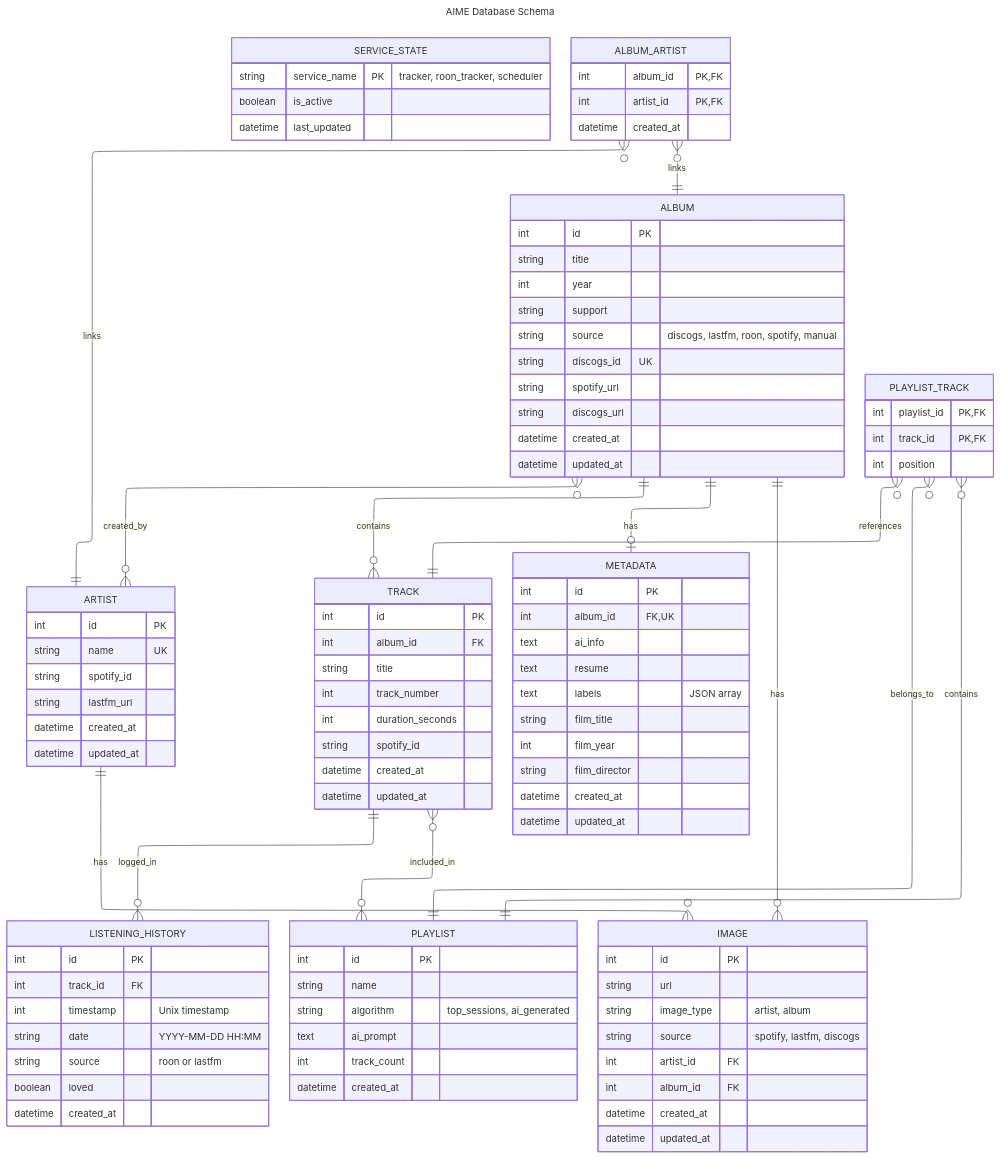
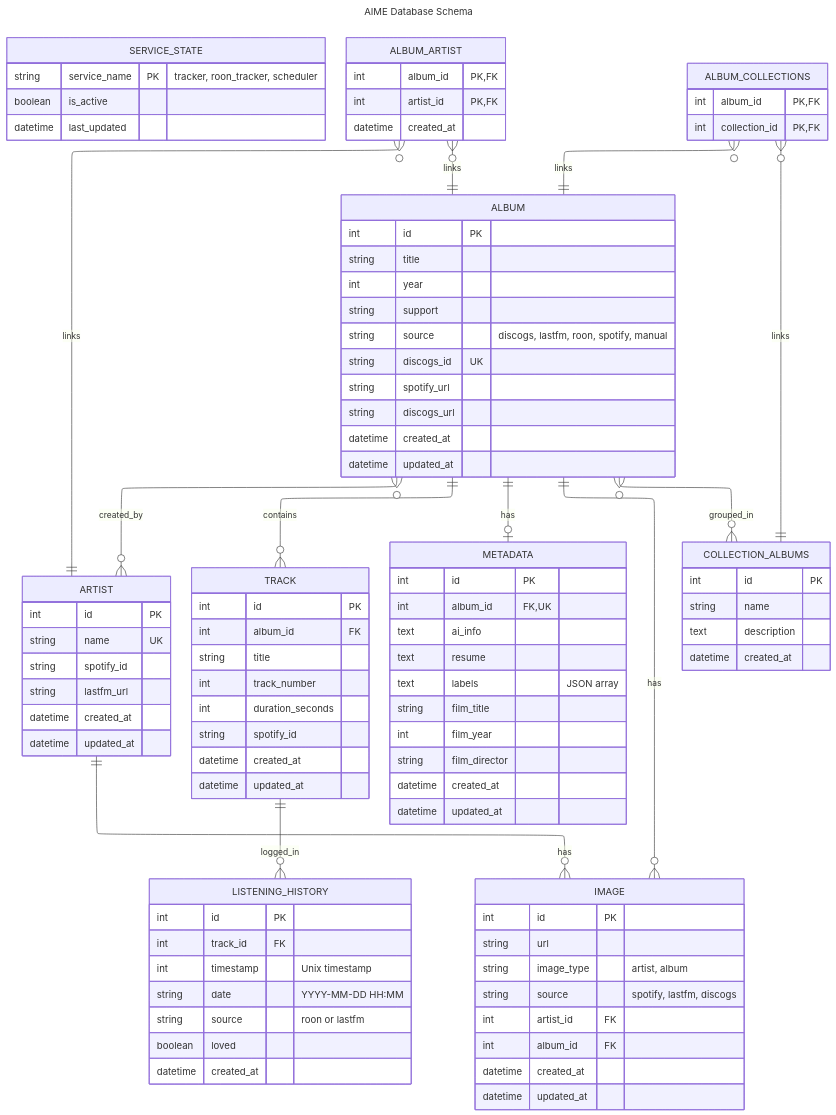
The diagram in docs/architecture/DATABASE-SCHEMA.md (pat-the-geek/AIME---AI-Music-Enabler), drawn with Mermaid before and after one commit. The commit also changed other lines of this file and 6 other files, not shown here.

````diff
--- a/docs/architecture/DATABASE-SCHEMA.md
+++ b/docs/architecture/DATABASE-SCHEMA.md
@@ -57,21 +57,6 @@
         datetime created_at
     }
     
-    PLAYLIST {
-        int id PK
-        string name
-        string algorithm "top_sessions, ai_generated"
-        text ai_prompt
-        int track_count
-        datetime created_at
-    }
-    
-    PLAYLIST_TRACK {
-        int playlist_id PK,FK
-        int track_id PK,FK
-        int position
-    }
-    
     METADATA {
         int id PK
         int album_id FK,UK
@@ -108,22 +93,32 @@
         datetime created_at
     }
     
+    ALBUM_COLLECTIONS {
+        int album_id PK,FK
+        int collection_id PK,FK
+    }
+    
+    COLLECTION_ALBUMS {
+        int id PK
+        string name
+        text description
+        datetime created_at
+    }
+    
     %% Relations
     ALBUM ||--o{ TRACK : contains
     ALBUM ||--o| METADATA : has
     ALBUM ||--o{ IMAGE : has
     ALBUM }o--o{ ARTIST : created_by
+    ALBUM }o--o{ COLLECTION_ALBUMS : grouped_in
     
     ARTIST ||--o{ IMAGE : has
     
     TRACK ||--o{ LISTENING_HISTORY : logged_in
-    TRACK }o--o{ PLAYLIST : included_in
-    
-    PLAYLIST ||--o{ PLAYLIST_TRACK : contains
     
     ALBUM_ARTIST }o--|| ALBUM : links
     ALBUM_ARTIST }o--|| ARTIST : links
     
-    PLAYLIST_TRACK }o--|| PLAYLIST : belongs_to
-    PLAYLIST_TRACK }o--|| TRACK : references
+    ALBUM_COLLECTIONS }o--|| ALBUM : links
+    ALBUM_COLLECTIONS }o--|| COLLECTION_ALBUMS : links
 ```
````
